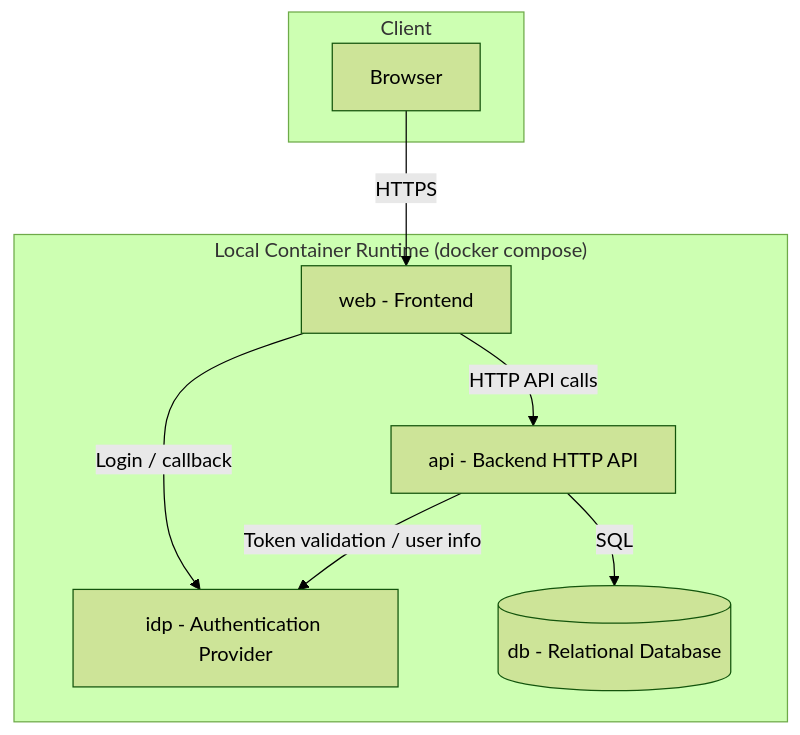
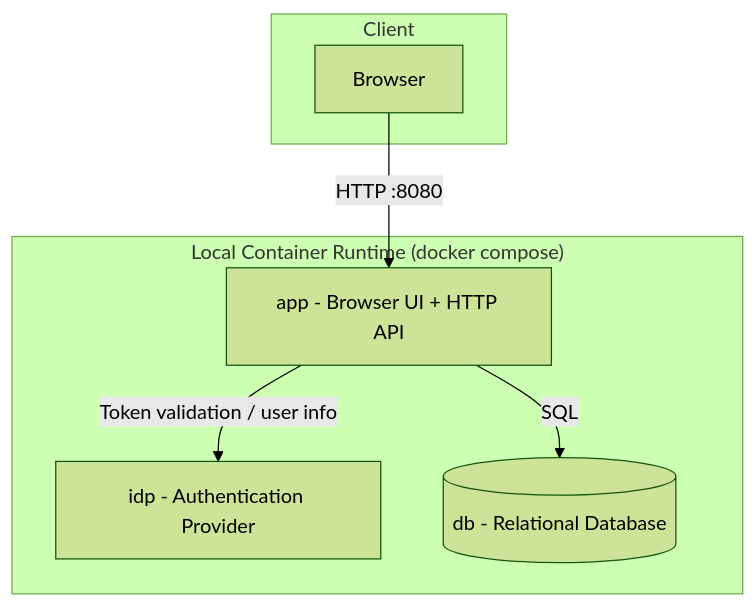
Before and after one commit to SPOooON/wigo4it-blijvenleren-mvp: the diagram in diagrams/container.mmd, drawn with Mermaid (forest theme). The commit also changed 12 other files, not shown here.

```diff
--- a/diagrams/container.mmd
+++ b/diagrams/container.mmd
@@ -1,17 +1,14 @@
 flowchart TB
     subgraph user["Client"]
         browser[Browser]
     end
 
     subgraph runtime["Local Container Runtime (docker compose)"]
-        web[web - Frontend]
-        api[api - Backend HTTP API]
+        app[app - Browser UI + HTTP API]
         idp[idp - Authentication Provider]
         db[(db - Relational Database)]
     end
 
-    browser -->|HTTPS| web
-    web -->|HTTP API calls| api
-    web -->|Login / callback| idp
-    api -->|Token validation / user info| idp
-    api -->|SQL| db
+    browser -->|HTTP :8080| app
+    app -->|Token validation / user info| idp
+    app -->|SQL| db
```
